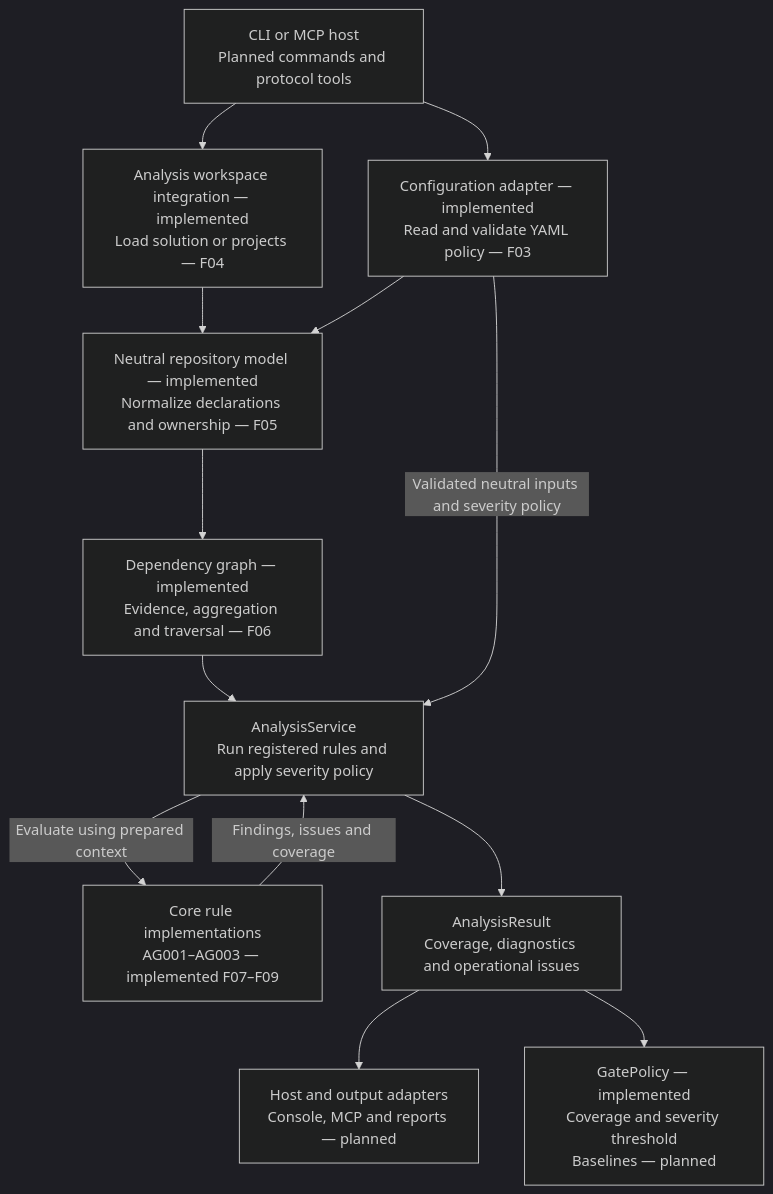
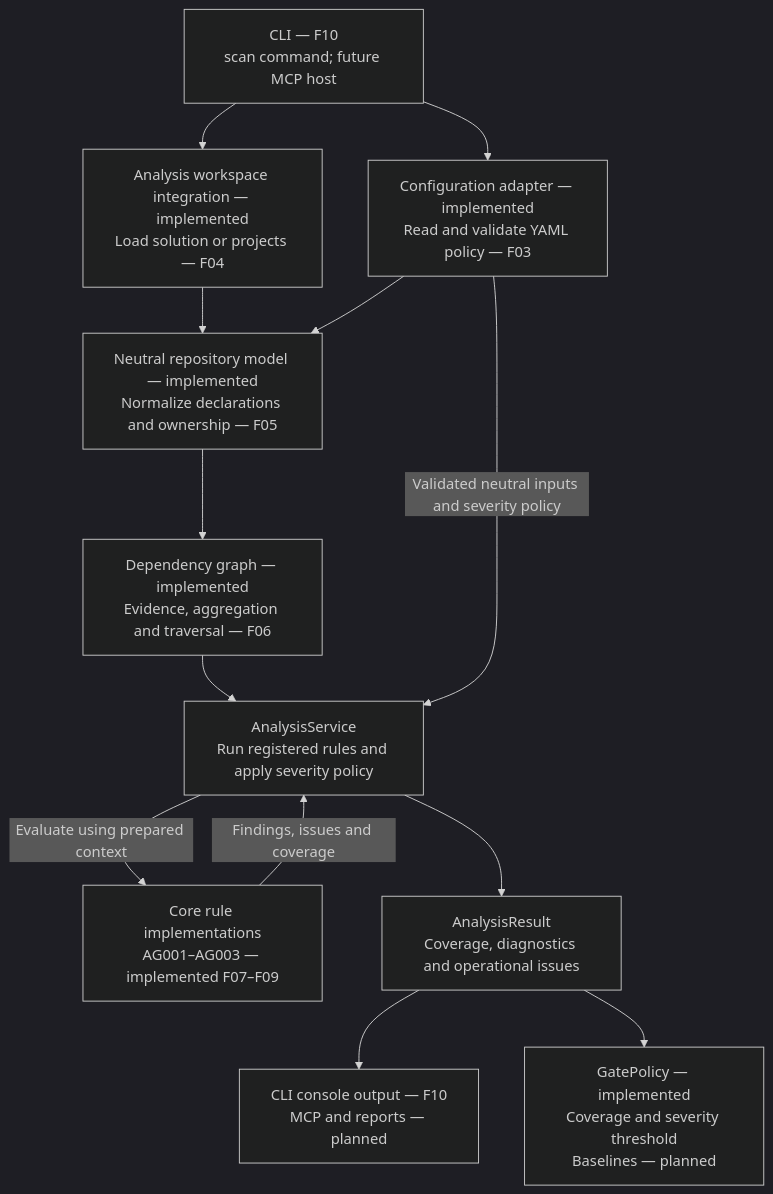
Before and after one commit to kbourzayq/arch-guard: the second of 3 diagrams in docs/architecture/overview.md, drawn with Mermaid (dark theme). The commit also changed other lines of this file and 23 other files, not shown here.

First line of the commit message:
feat(cli): add policy-driven scan inspect and explain commands

````diff
--- a/docs/architecture/overview.md
+++ b/docs/architecture/overview.md
@@ -135,26 +137,26 @@
 ```mermaid
 flowchart TD
-    Host["CLI or MCP host<br/>Planned commands and protocol tools"]
+    Host["CLI — F10<br/>scan command; future MCP host"]
     Configuration["Configuration adapter — implemented<br/>Read and validate YAML policy — F03"]
     Workspace["Analysis workspace integration — implemented<br/>Load solution or projects — F04"]
     Context["Neutral repository model — implemented<br/>Normalize declarations and ownership — F05"]
     Graph["Dependency graph — implemented<br/>Evidence, aggregation and traversal — F06"]
     Service["AnalysisService<br/>Run registered rules and apply severity policy"]
     Rules["Core rule implementations<br/>AG001–AG003 — implemented F07–F09"]
     Result["AnalysisResult<br/>Coverage, diagnostics and operational issues"]
-    Output["Host and output adapters<br/>Console, MCP and reports — planned"]
+    Output["CLI console output — F10<br/>MCP and reports — planned"]
     Gate["GatePolicy — implemented<br/>Coverage and severity threshold<br/>Baselines — planned"]
 
     Host --> Configuration
     Host --> Workspace
     Workspace --> Context
     Configuration --> Context
     Context --> Graph
     Graph --> Service
     Configuration -->|"Validated neutral inputs and severity policy"| Service
     Service -->|"Evaluate using prepared context"| Rules
     Rules -->|"Findings, issues and coverage"| Service
     Service --> Result
     Result --> Output
     Result --> Gate
 ```
````
